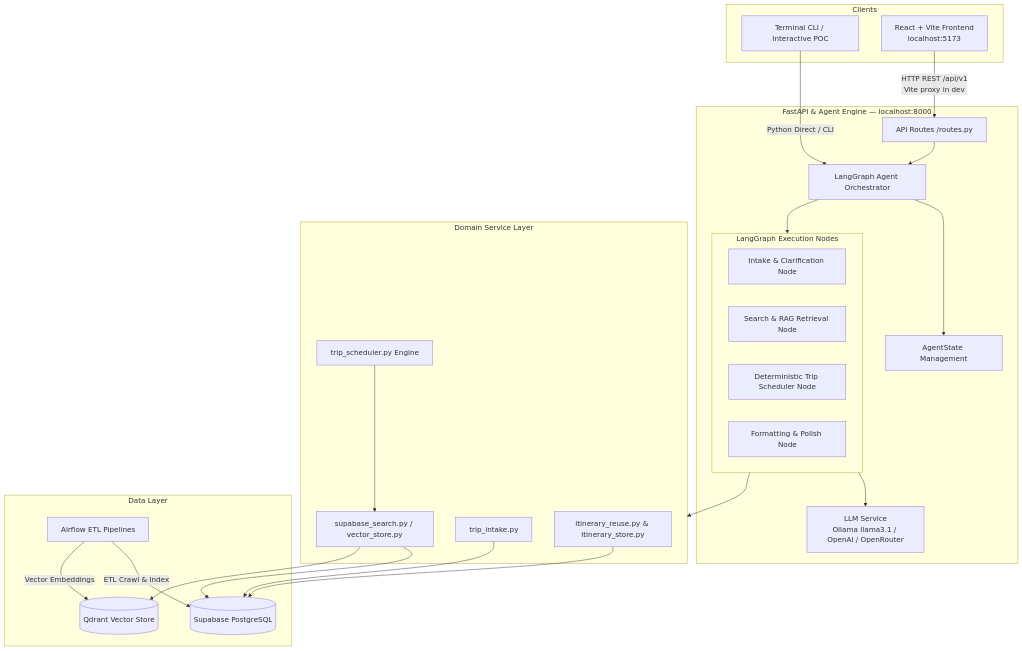
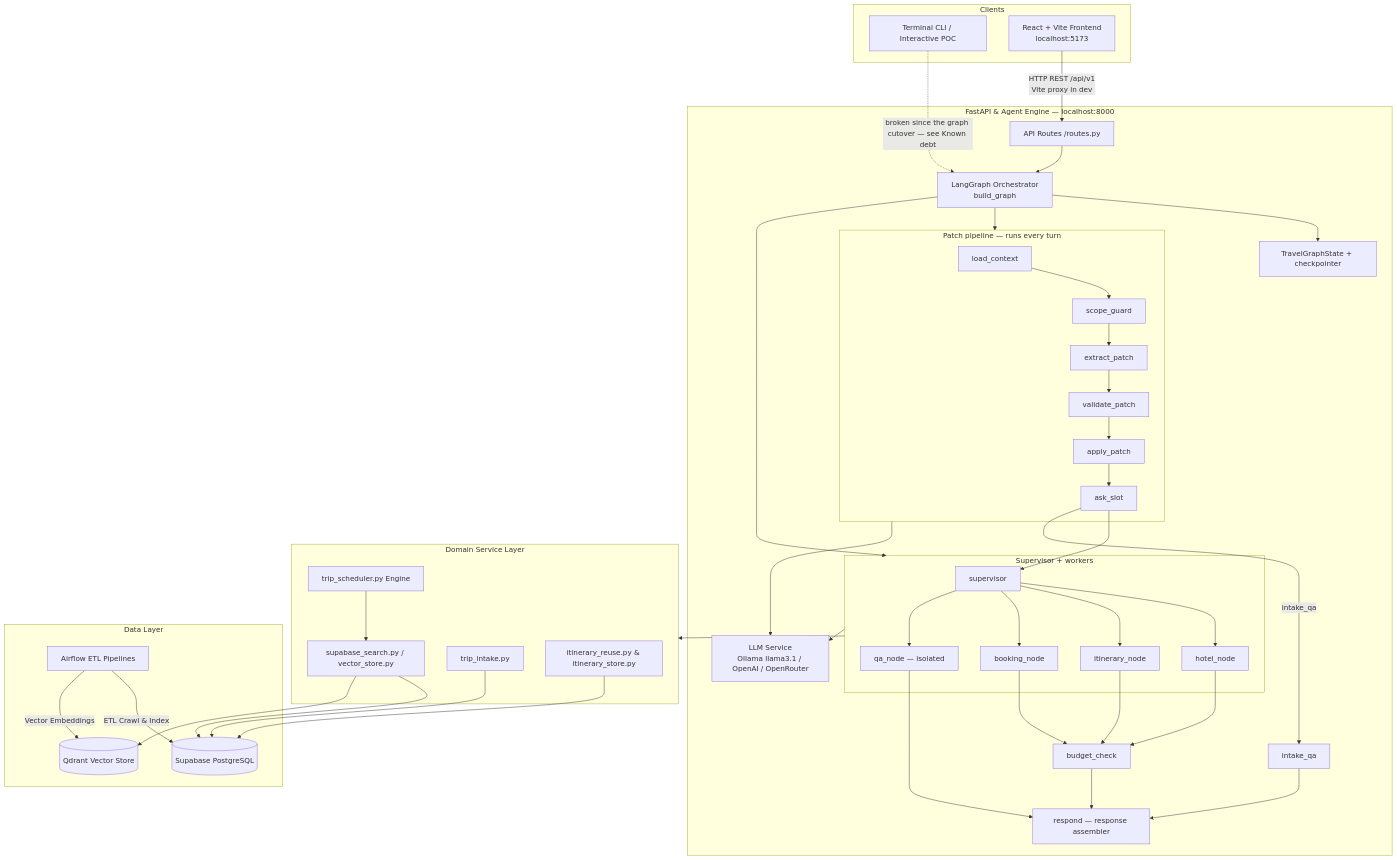
One commit to 0infinitive0/VSF-Intern-project changed the first of 2 diagrams in ARCHITECTURE.md. Above: the diagram before and after it, drawn with Mermaid. The commit also changed other lines of this file and 33 other files, not shown here.

First line of the commit message:
feat: Implement reply contract and clean up graph plane

````diff
--- a/ARCHITECTURE.md
+++ b/ARCHITECTURE.md
@@ -9,50 +9,70 @@
 ```mermaid
 graph TB
     subgraph Clients
         CLI[Terminal CLI / Interactive POC]
         UI[React + Vite Frontend<br/>localhost:5173]
     end
 
     subgraph Backend[FastAPI & Agent Engine — localhost:8000]
         API[API Routes /routes.py]
-        Agent[LangGraph Agent Orchestrator]
-        State[AgentState Management]
+        Agent[LangGraph Orchestrator<br/>build_graph]
+        State[TravelGraphState + checkpointer]
         LLM[LLM Service<br/>Ollama llama3.1 / OpenAI / OpenRouter]
-        
-        subgraph Nodes[LangGraph Execution Nodes]
-            IntakeNode[Intake & Clarification Node]
-            RetrievalNode[Search & RAG Retrieval Node]
-            SchedulerNode[Deterministic Trip Scheduler Node]
-            RespondNode[Formatting & Polish Node]
+
+        subgraph Pipeline[Patch pipeline — runs every turn]
+            LoadCtx[load_context] --> Scope[scope_guard]
+            Scope --> Extract[extract_patch]
+            Extract --> Validate[validate_patch]
+            Validate --> Apply[apply_patch]
+            Apply --> AskSlot[ask_slot]
         end
+
+        subgraph Workers[Supervisor + workers]
+            Sup[supervisor]
+            Sup --> Hotel[hotel_node]
+            Sup --> Itin[itinerary_node]
+            Sup --> Booking[booking_node]
+            Sup --> QA[qa_node — isolated]
+        end
+
+        AskSlot --> Sup
+        AskSlot -->|intake_qa| IntakeQA[intake_qa]
+        Hotel --> Budget[budget_check]
+        Itin --> Budget
+        Booking --> Budget
+        Budget --> Respond[respond — response assembler]
+        QA --> Respond
+        IntakeQA --> Respond
     end
 
     subgraph Services[Domain Service Layer]
         IntakeSvc[trip_intake.py]
         SearchSvc[supabase_search.py / vector_store.py]
         ReuseSvc[itinerary_reuse.py & itinerary_store.py]
         SchedSvc[trip_scheduler.py Engine]
     end
 
     subgraph Data[Data Layer]
         DB[(Supabase PostgreSQL)]
         Qdrant[(Qdrant Vector Store)]
         Airflow[Airflow ETL Pipelines]
     end
 
-    CLI -->|Python Direct / CLI| Agent
+    CLI -.->|broken since the graph cutover — see Known debt| Agent
     UI -->|HTTP REST /api/v1<br/>Vite proxy in dev| API
     API --> Agent
     Agent --> State
-    Agent --> Nodes
-    Nodes --> LLM
-    Nodes --> Services
+    Agent --> Pipeline
+    Agent --> Workers
+    Workers --> LLM
+    Workers --> Services
+    Pipeline --> LLM
     
     IntakeSvc --> DB
     SearchSvc --> DB
     SearchSvc --> Qdrant
     ReuseSvc --> DB
     SchedSvc --> SearchSvc
     Airflow -->|ETL Crawl & Index| DB
     Airflow -->|Vector Embeddings| Qdrant
 ```
````
